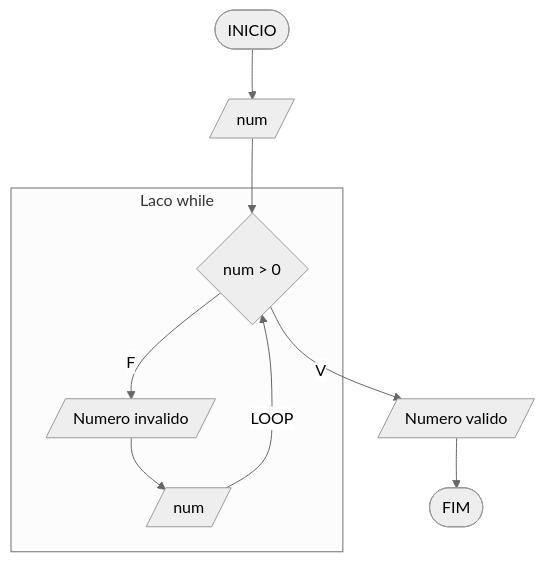
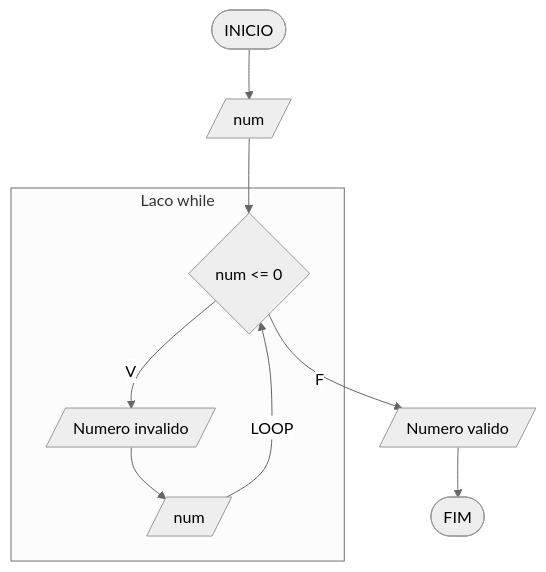
The second of 12 diagrams in aula7/aula7.md (carubbi/T160_T198), drawn with Mermaid (neutral theme) before and after one commit. The commit also changed other lines of this file and 5 other files, not shown here.

````diff
--- a/aula7/aula7.md
+++ b/aula7/aula7.md
@@ -111,12 +111,12 @@
 ```mermaid
 flowchart TD
 A([INICIO]) --> B[/num/]
-B --> C{num > 0}
+B --> C{num <= 0}
 subgraph SEQ [Laco while]
-C -- F --> D[/Numero invalido/]
+C -- V --> D[/Numero invalido/]
 D --> E[/num/]
 E -- LOOP --> C
 end
-C -- V --> F[/Numero valido/]
+C -- F --> F[/Numero valido/]
 F --> G([FIM])
 ```
````
